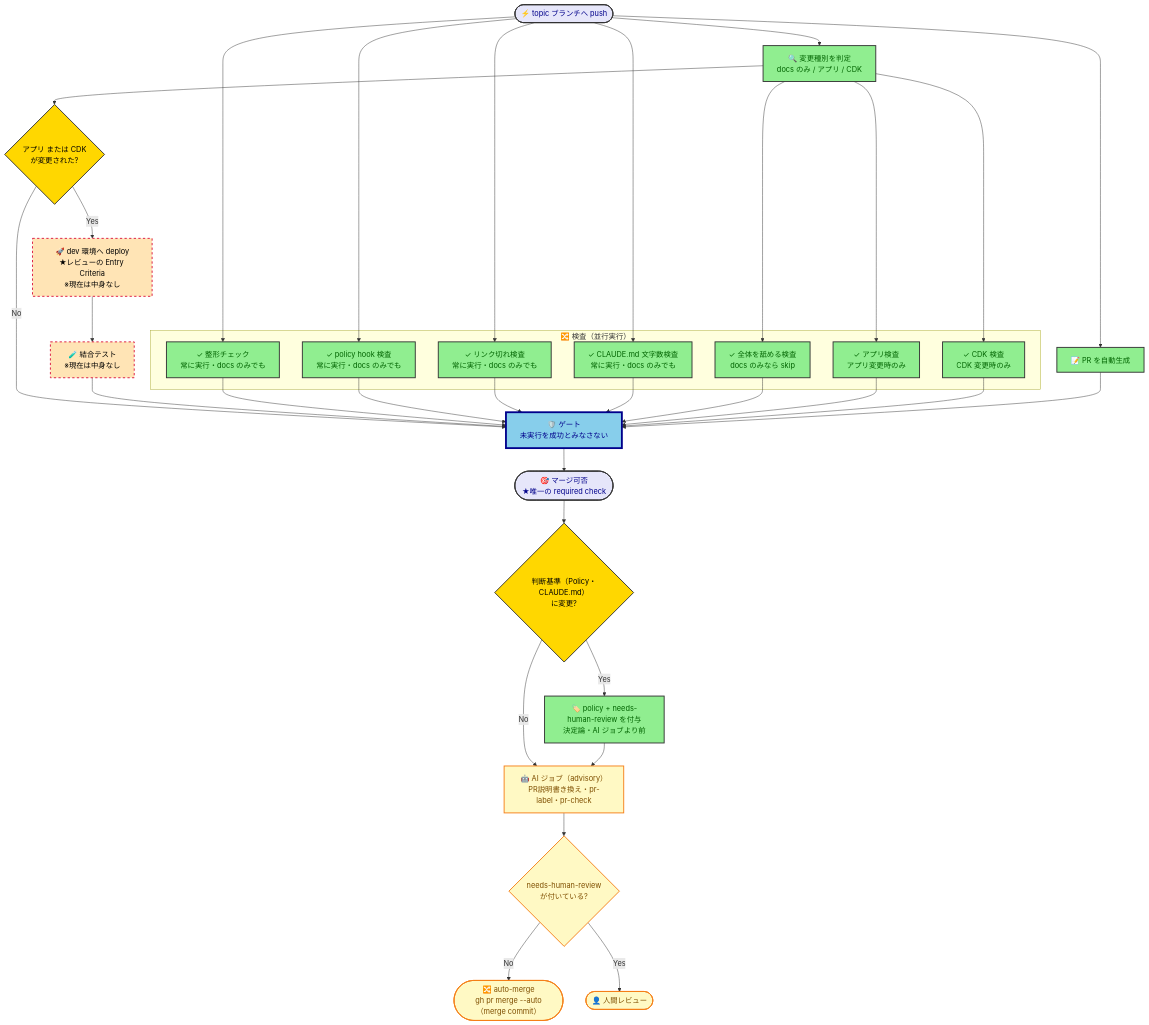
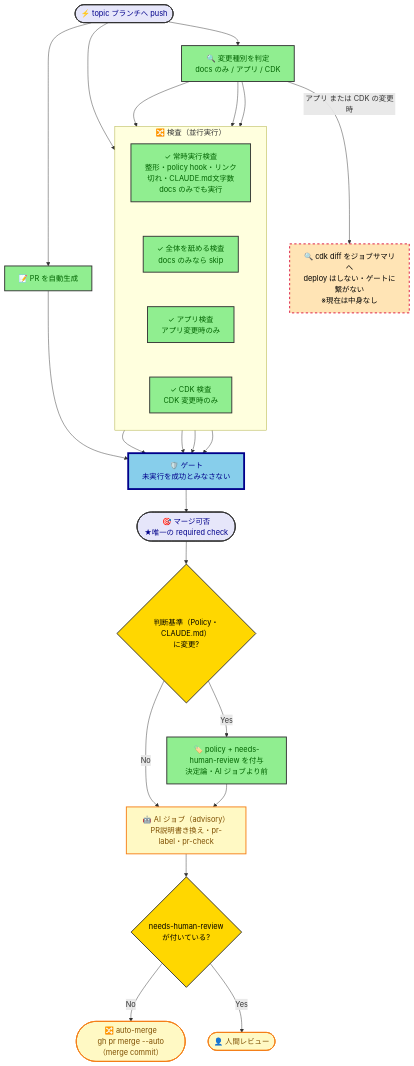
The first of 2 diagrams in docs/design/cicd-design.md (kasiopeiya/claude-dev-template), drawn with Mermaid before and after one commit. The commit also changed other lines of this file and 11 other files, not shown here.

````diff
--- a/docs/design/cicd-design.md
+++ b/docs/design/cicd-design.md
@@ -22,69 +26,55 @@
 ```mermaid
 flowchart TD
     Push([⚡ topic ブランチへ push]) --> PR[📝 PR を自動生成]
     Push --> Detect[🔍 変更種別を判定<br/>docs のみ / アプリ / CDK]
-    Push --> Format
-    Push --> PolicyHook
-    Push --> LinkCheck
-    Push --> ClaudeMdSize
+    Push --> AlwaysChecks
 
     subgraph Checks["🔀 検査（並行実行）"]
-        Format[✓ 整形チェック<br/>常に実行・docs のみでも]
-        PolicyHook[✓ policy hook 検査<br/>常に実行・docs のみでも]
-        LinkCheck[✓ リンク切れ検査<br/>常に実行・docs のみでも]
-        ClaudeMdSize[✓ CLAUDE.md 文字数検査<br/>常に実行・docs のみでも]
+        direction TB
+        AlwaysChecks["✓ 常時実行検査<br/>整形・policy hook・リンク切れ・CLAUDE.md文字数<br/>docs のみでも実行"]
         Common[✓ 全体を舐める検査<br/>docs のみなら skip]
         App[✓ アプリ検査<br/>アプリ変更時のみ]
         Cdk[✓ CDK 検査<br/>CDK 変更時のみ]
+        AlwaysChecks ~~~ Common ~~~ App ~~~ Cdk
     end
 
     Detect --> Common
     Detect --> App
     Detect --> Cdk
 
-    Detect --> DeployCheck{アプリ または CDK<br/>が変更された?}
-    Deploy["🚀 dev 環境へ deploy<br/>★レビューの Entry Criteria<br/>※現在は中身なし"]
-    IT["🧪 結合テスト<br/>※現在は中身なし"]
+    Detect -->|アプリ または CDK の変更時| Diff["🔍 cdk diff をジョブサマリへ<br/>deploy はしない・ゲートに繋がない<br/>※現在は中身なし"]
+
     Gate["🛡️ ゲート<br/>未実行を成功とみなさない"]
 
-    DeployCheck -->|No| Gate
-    DeployCheck -->|Yes| Deploy
-    Deploy --> IT
-    IT --> Gate
-
-    Format --> Gate
-    PolicyHook --> Gate
-    LinkCheck --> Gate
-    ClaudeMdSize --> Gate
+    AlwaysChecks --> Gate
     Common --> Gate
     App --> Gate
     Cdk --> Gate
     PR --> Gate
 
     Gate --> Merge([🎯 マージ可否<br/>★唯一の required check])
 
     Merge --> PolicyCheck{判断基準（Policy・CLAUDE.md）<br/>に変更?}
     PolicyCheck -->|Yes| PolicyLabel["🏷️ policy + needs-human-review を付与<br/>決定論・AI ジョブより前"]
     PolicyCheck -->|No| AiJob
     PolicyLabel --> AiJob
 
     AiJob["🤖 AI ジョブ（advisory）<br/>PR説明書き換え・pr-label・pr-check"]
     AiJob --> AutoMergeCheck{needs-human-review<br/>が付いている?}
     AutoMergeCheck -->|No| AutoMerge(["🔀 auto-merge<br/>gh pr merge --auto（merge commit）"])
     AutoMergeCheck -->|Yes| HumanReview(["👤 人間レビュー"])
 
     classDef startEnd fill:#E6E6FA,stroke:#333,stroke-width:2px,color:darkblue
     classDef process fill:#90EE90,stroke:#333,stroke-width:2px,color:darkgreen
     classDef decision fill:#FFD700,stroke:#333,stroke-width:2px,color:black
     classDef gate fill:#87CEEB,stroke:#00008B,stroke-width:4px,color:darkblue
     classDef hollow fill:#FFE4B5,stroke:#DC143C,stroke-width:2px,stroke-dasharray: 5 5,color:black
     classDef advisory fill:#FFF9C4,stroke:#F57F17,stroke-width:2px,color:#7f4f00
 
     class Push,Merge startEnd
-    class PR,Detect,Format,PolicyHook,LinkCheck,ClaudeMdSize,Common,App,Cdk,PolicyLabel process
-    class PolicyCheck decision
-    class DeployCheck decision
-    class Deploy,IT hollow
+    class PR,Detect,AlwaysChecks,Common,App,Cdk,PolicyLabel process
+    class PolicyCheck,AutoMergeCheck decision
+    class Diff hollow
     class Gate gate
-    class AiJob,AutoMergeCheck,AutoMerge,HumanReview advisory
+    class AiJob,AutoMerge,HumanReview advisory
 ```
````
